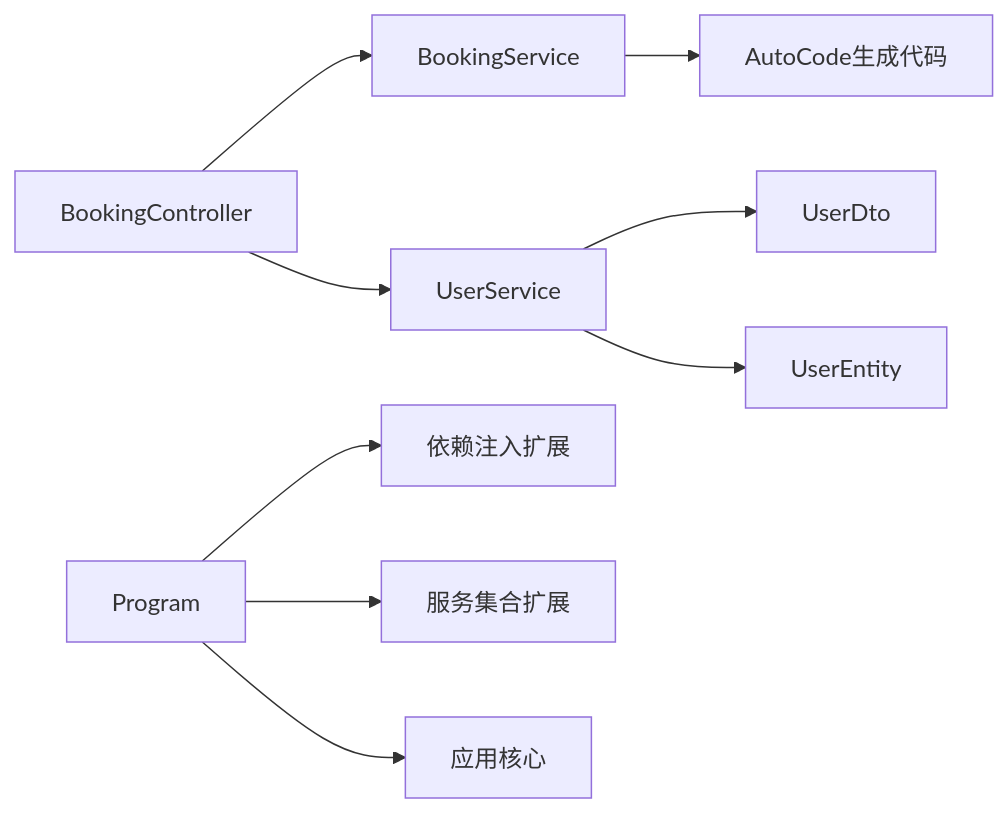
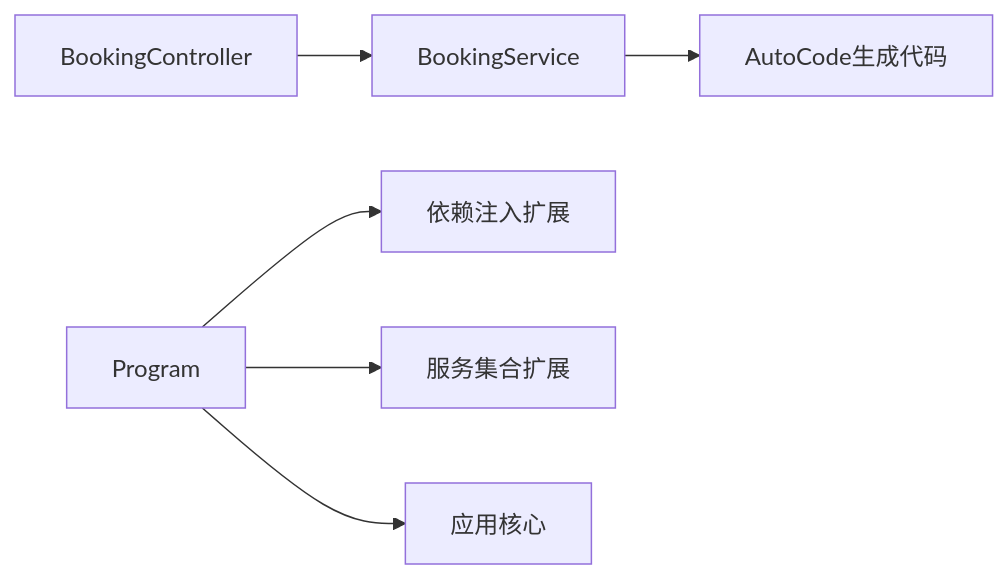
The eighth of 8 diagrams in .qoder/repowiki/zh/content/Web API集成/Web API集成.md (alivy/AutoCode), drawn with Mermaid before and after one commit. The commit also changed other lines of this file and 152 other files, not shown here.

````diff
--- a/.qoder/repowiki/zh/content/Web API集成/Web API集成.md
+++ b/.qoder/repowiki/zh/content/Web API集成/Web API集成.md
@@ -457,11 +379,8 @@
 ```mermaid
 graph LR
 Controller["BookingController"] --> Service["BookingService"]
-Controller --> UserService["UserService"]
 Service --> AutoGen["AutoCode生成代码"]
-UserService --> UserDto["UserDto"]
-UserService --> UserEntity["UserEntity"]
 Program["Program"] --> DIExt["依赖注入扩展"]
 Program --> SvcExt["服务集合扩展"]
 Program --> AppCore["应用核心"]
 ```
````
